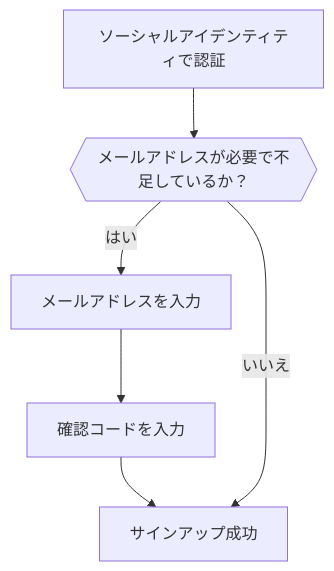
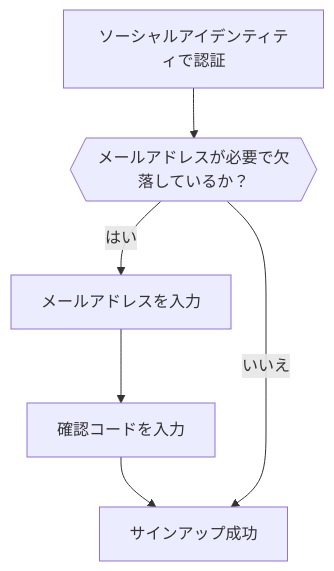
Before and after one commit to logto-io/docs: the fourth of 5 diagrams in i18n/ja/docusaurus-plugin-content-docs/current/end-user-flows/sign-up-and-sign-in/social-sign-in.mdx, drawn with Mermaid. The commit also changed other lines of this file and 2629 other files, not shown here.

````diff
--- a/i18n/ja/docusaurus-plugin-content-docs/current/end-user-flows/sign-up-and-sign-in/social-sign-in.mdx
+++ b/i18n/ja/docusaurus-plugin-content-docs/current/end-user-flows/sign-up-and-sign-in/social-sign-in.mdx
@@ -140,8 +146,8 @@
    ```mermaid
    flowchart TD
-      A[ソーシャルアイデンティティで認証] --> B{{メールアドレスが必要で不足しているか？}}
+      A[ソーシャルアイデンティティで認証] --> B{{メールアドレスが必要で欠落しているか？}}
       B -- はい --> C[メールアドレスを入力]
       C --> D[確認コードを入力]
       D --> E[サインアップ成功]
       B -- いいえ --> E
    ```
````
